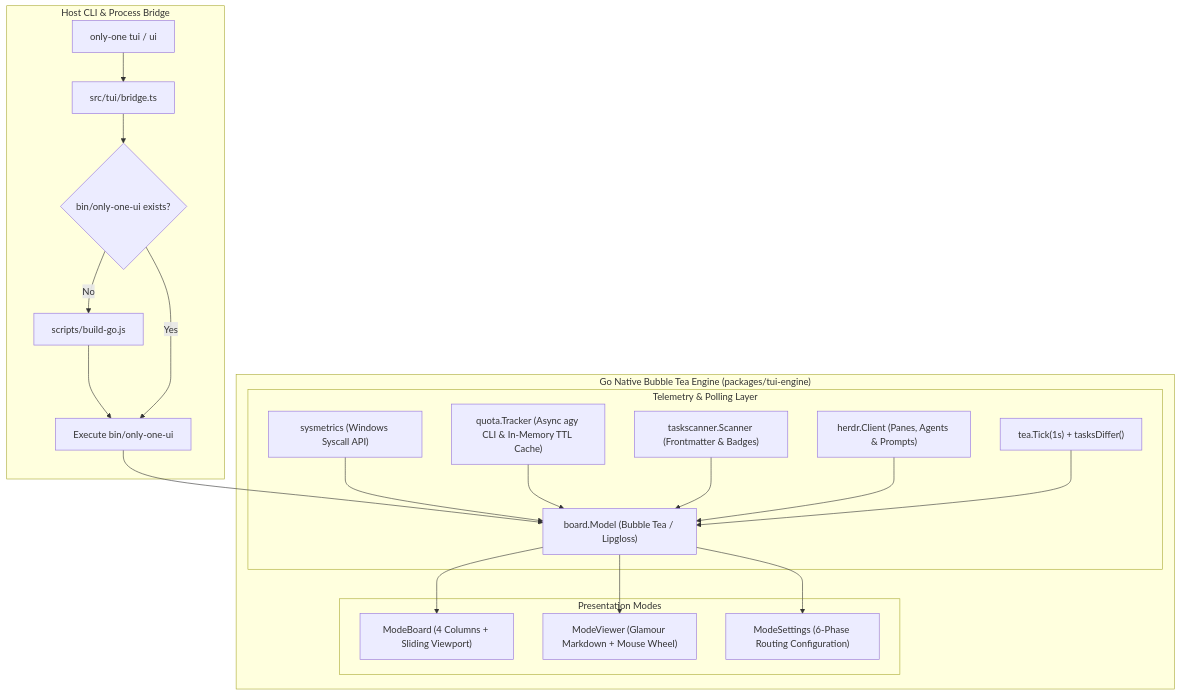
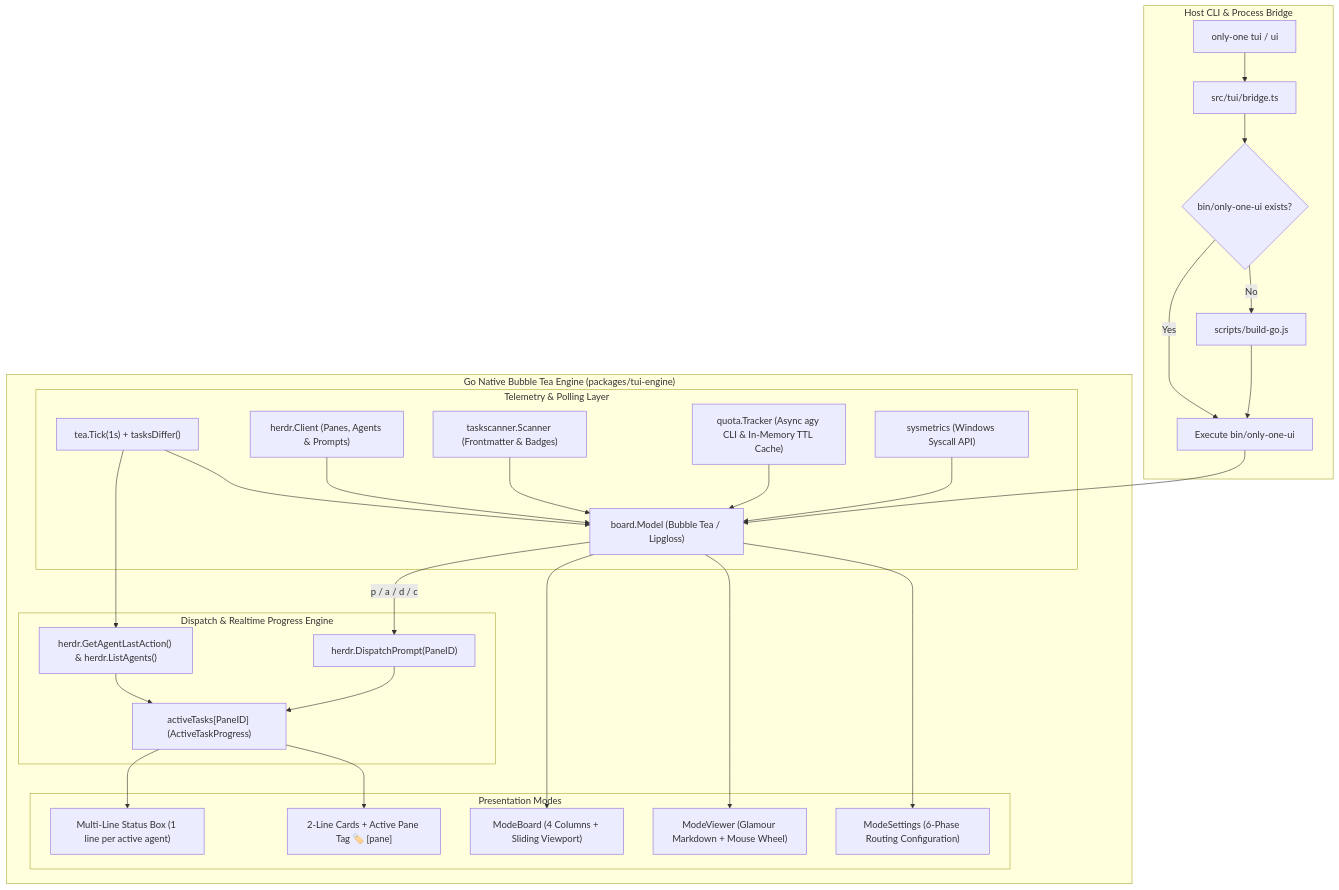
Before and after one commit to Personal-Source-SP/only-one-cli: the diagram in only-one/archives/tui-modernization.md, drawn with Mermaid. The commit also changed other lines of this file and 7 other files, not shown here.

Commit message:
feat: add tui-engine board tests and herdr client integration

````diff
--- a/only-one/archives/tui-modernization.md
+++ b/only-one/archives/tui-modernization.md
@@ -53,28 +53,37 @@
 ```mermaid
 flowchart TD
     subgraph Host_Runtime ["Host CLI & Process Bridge"]
         CLI["only-one tui / ui"] --> Bridge["src/tui/bridge.ts"]
         Bridge --> BinaryCheck{"bin/only-one-ui exists?"}
         BinaryCheck -->|No| CrossCompile["scripts/build-go.js"]
         CrossCompile --> Exec["Execute bin/only-one-ui"]
         BinaryCheck -->|Yes| Exec
     end
 
     subgraph Go_TUI_Engine ["Go Native Bubble Tea Engine (packages/tui-engine)"]
         Exec --> BoardModel["board.Model (Bubble Tea / Lipgloss)"]
 
         subgraph Telemetry_Layer ["Telemetry & Polling Layer"]
             SysMetrics["sysmetrics (Windows Syscall API)"] --> BoardModel
             QuotaTracker["quota.Tracker (Async agy CLI & In-Memory TTL Cache)"] --> BoardModel
             TaskScanner["taskscanner.Scanner (Frontmatter & Badges)"] --> BoardModel
             HerdrClient["herdr.Client (Panes, Agents & Prompts)"] --> BoardModel
             Ticker["tea.Tick(1s) + tasksDiffer()"] --> BoardModel
         end
 
+        subgraph Dispatch_And_Progress ["Dispatch & Realtime Progress Engine"]
+            BoardModel -- "p / a / d / c" --> Dispatch["herdr.DispatchPrompt(PaneID)"]
+            Dispatch --> ActiveMap["activeTasks[PaneID] (ActiveTaskProgress)"]
+            Ticker --> PollHerdr["herdr.GetAgentLastAction() & herdr.ListAgents()"]
+            PollHerdr --> ActiveMap
+        end
+
         subgraph Presentation_Modes ["Presentation Modes"]
+            ActiveMap --> StatusBox["Multi-Line Status Box (1 line per active agent)"]
+            ActiveMap --> BoardCards["2-Line Cards + Active Pane Tag 🏷️ [pane]"]
             BoardModel --> ModeBoard["ModeBoard (4 Columns + Sliding Viewport)"]
             BoardModel --> ModeViewer["ModeViewer (Glamour Markdown + Mouse Wheel)"]
             BoardModel --> ModeSettings["ModeSettings (6-Phase Routing Configuration)"]
         end
     end
 ```
````
